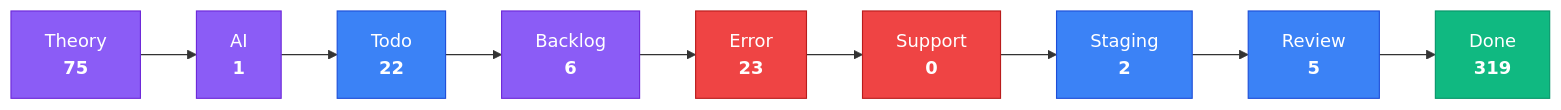
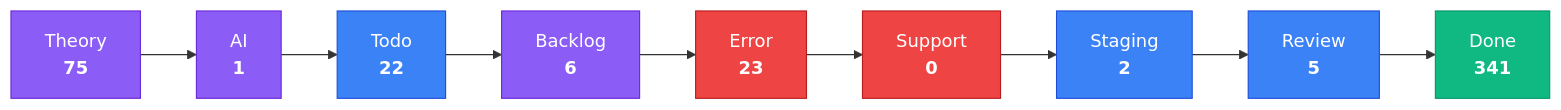
The third of 4 diagrams in apps/kbve/astro-kbve/src/content/docs/dashboard/kanban-data.mdx (KBVE/kbve), drawn with Mermaid before and after one commit. The commit also changed other lines of this file and 2 other files, not shown here.

````diff
--- a/apps/kbve/astro-kbve/src/content/docs/dashboard/kanban-data.mdx
+++ b/apps/kbve/astro-kbve/src/content/docs/dashboard/kanban-data.mdx
@@ -215,28 +215,28 @@
 ```mermaid
 flowchart LR
     classDef planning fill:#8b5cf6,stroke:#6d28d9,color:#fff
     classDef active fill:#3b82f6,stroke:#1d4ed8,color:#fff
     classDef blocked fill:#ef4444,stroke:#b91c1c,color:#fff
     classDef done fill:#10b981,stroke:#059669,color:#fff
     Theory["Theory<br/><strong>75</strong>"]
     Theory --> AI
     AI["AI<br/><strong>1</strong>"]
     AI --> Todo
     Todo["Todo<br/><strong>22</strong>"]
     Todo --> Backlog
     Backlog["Backlog<br/><strong>6</strong>"]
     Backlog --> Error
     Error["Error<br/><strong>23</strong>"]
     Error --> Support
     Support["Support<br/><strong>0</strong>"]
     Support --> Staging
     Staging["Staging<br/><strong>2</strong>"]
     Staging --> Review
     Review["Review<br/><strong>5</strong>"]
     Review --> Done
-    Done["Done<br/><strong>319</strong>"]
+    Done["Done<br/><strong>341</strong>"]
     class Theory,AI,Backlog planning
     class Todo,Staging,Review active
     class Error,Support blocked
     class Done done
 ```
````
